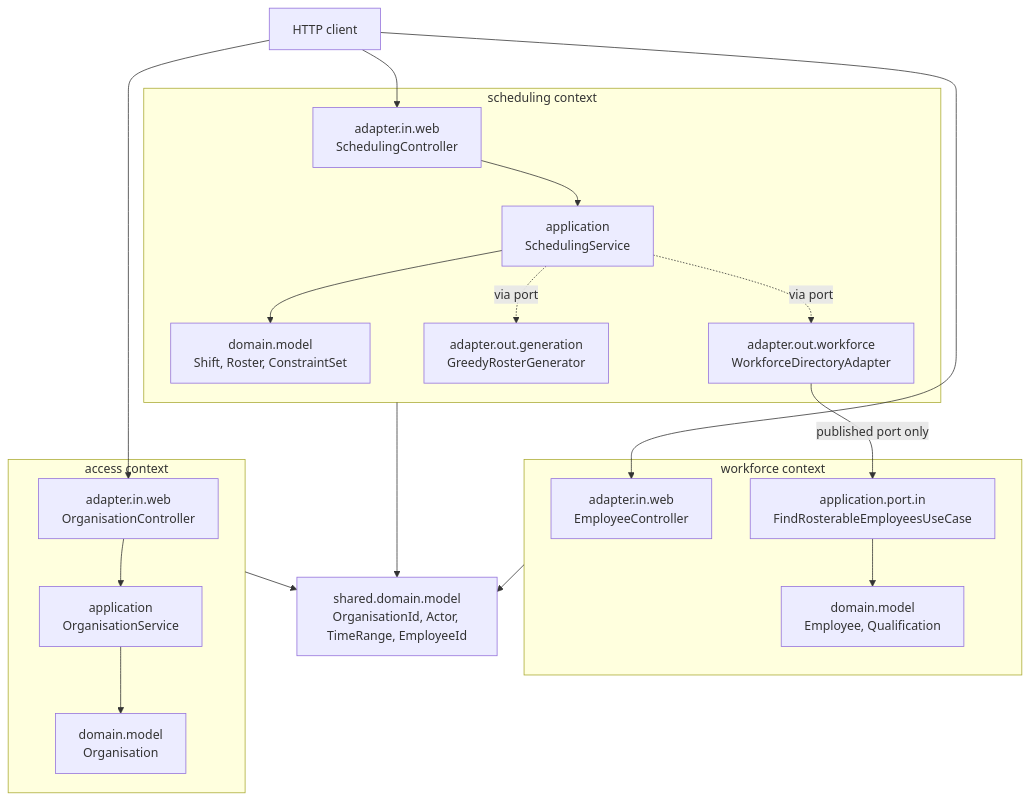
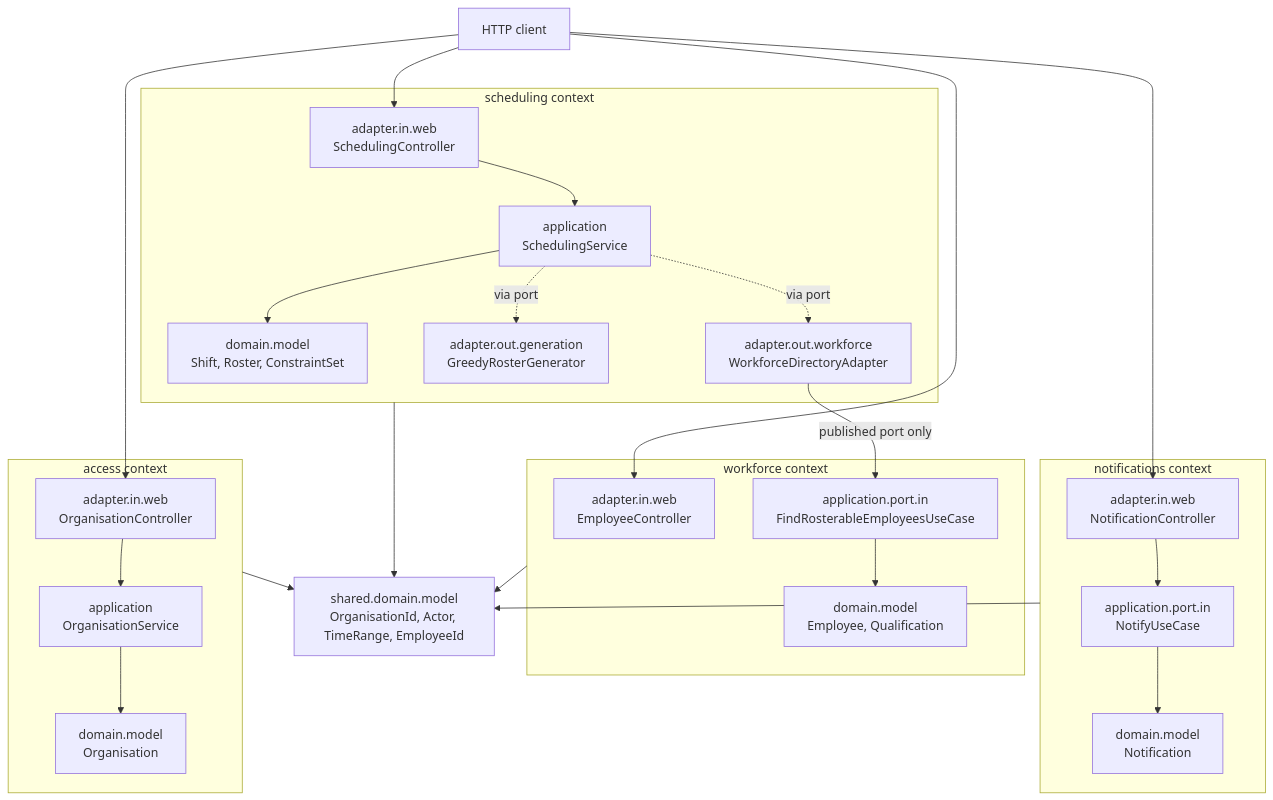
The first of 2 diagrams in docs/architecture/architecture.md (NaimElijah/HrSched), drawn with Mermaid before and after one commit. The commit also changed other lines of this file and 30 other files, not shown here.

````diff
--- a/docs/architecture/architecture.md
+++ b/docs/architecture/architecture.md
@@ -32,41 +32,51 @@
 ```mermaid
 flowchart TB
     client[HTTP client]
 
     subgraph scheduling [scheduling context]
         schedWeb["adapter.in.web<br/>SchedulingController"]
         schedApp["application<br/>SchedulingService"]
         schedDom["domain.model<br/>Shift, Roster, ConstraintSet"]
         acl["adapter.out.workforce<br/>WorkforceDirectoryAdapter"]
         gen["adapter.out.generation<br/>GreedyRosterGenerator"]
     end
 
     subgraph workforce [workforce context]
         wfWeb["adapter.in.web<br/>EmployeeController"]
         wfPub["application.port.in<br/>FindRosterableEmployeesUseCase"]
         wfDom["domain.model<br/>Employee, Qualification"]
     end
 
+    subgraph notifications [notifications context]
+        ntfWeb["adapter.in.web<br/>NotificationController"]
+        ntfPub["application.port.in<br/>NotifyUseCase"]
+        ntfDom["domain.model<br/>Notification"]
+    end
+
     subgraph access [access context]
         accWeb["adapter.in.web<br/>OrganisationController"]
         accApp["application<br/>OrganisationService"]
         accDom["domain.model<br/>Organisation"]
     end
 
     kernel["shared.domain.model<br/>OrganisationId, Actor, TimeRange, EmployeeId"]
 
     client --> schedWeb
     client --> wfWeb
     client --> accWeb
+    client --> ntfWeb
+    ntfWeb --> ntfPub
+    ntfPub --> ntfDom
+    notifications --> kernel
     accWeb --> accApp
     accApp --> accDom
     schedWeb --> schedApp
     schedApp --> schedDom
     schedApp -.via port.-> acl
     schedApp -.via port.-> gen
     acl -->|published port only| wfPub
     wfPub --> wfDom
     scheduling --> kernel
     workforce --> kernel
     access --> kernel
 ```
````
